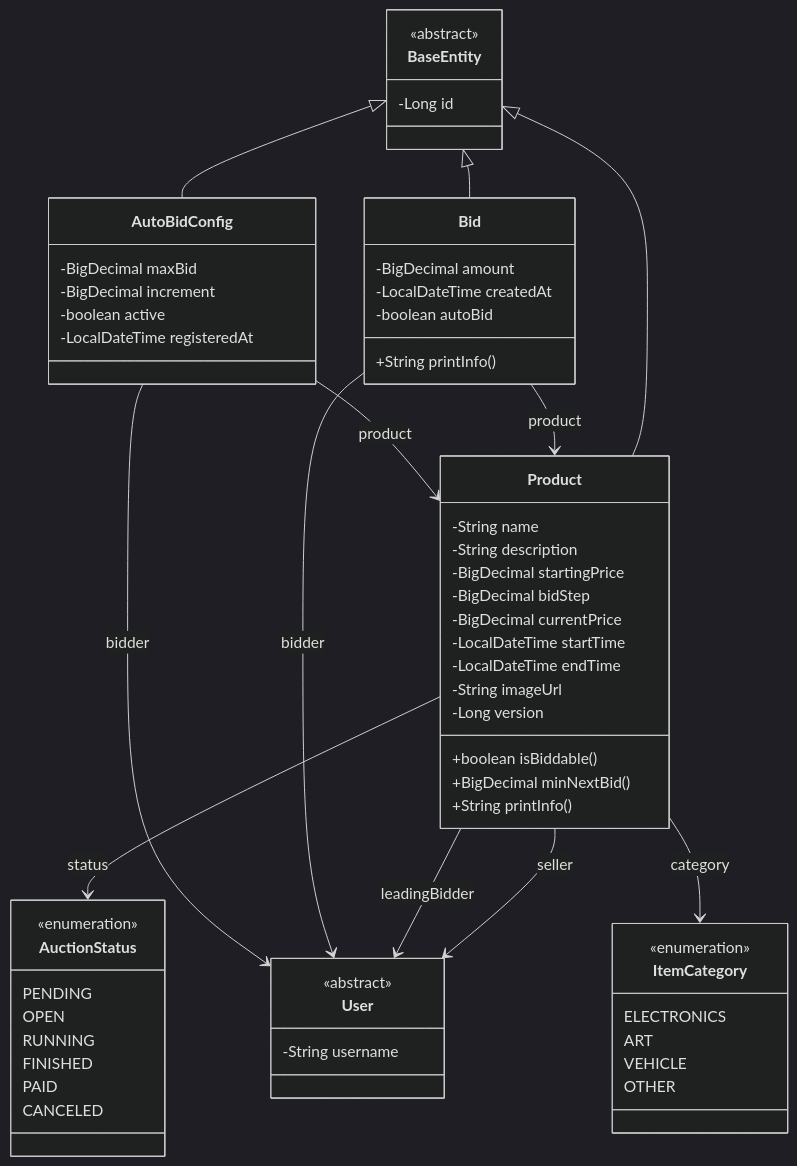
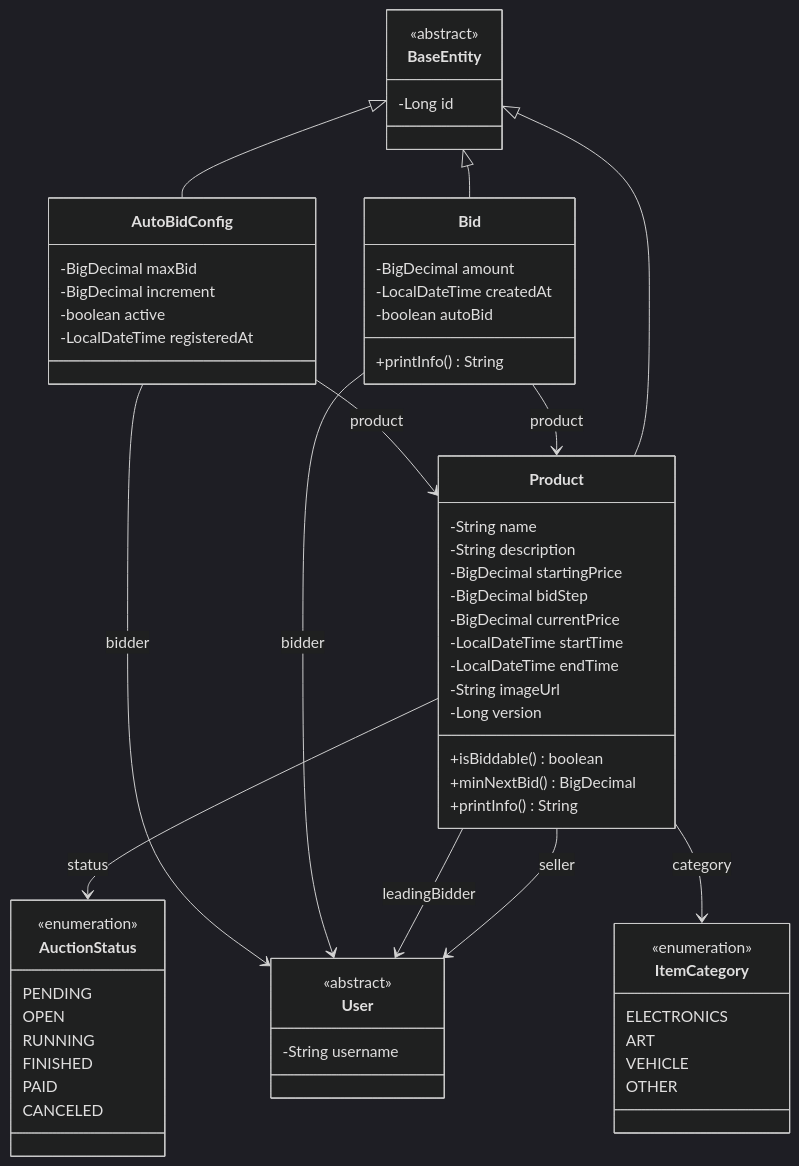
One commit to quagn-collab/GROUP-6-BTL changed the third of 6 diagrams in docs/README/README.md. Above: the diagram before and after it, drawn with Mermaid (dark theme). The commit also changed other lines of this file, not shown here.

````diff
--- a/docs/README/README.md
+++ b/docs/README/README.md
@@ -115,65 +115,65 @@
 ```mermaid
 classDiagram
     direction TB
     class BaseEntity {
         -Long id
     }
     class Product {
         -String name
         -String description
         -BigDecimal startingPrice
         -BigDecimal bidStep
         -BigDecimal currentPrice
         -LocalDateTime startTime
         -LocalDateTime endTime
         -String imageUrl
         -Long version
-        +boolean isBiddable()
-        +BigDecimal minNextBid()
-        +String printInfo()
+        +isBiddable() boolean
+        +minNextBid() BigDecimal
+        +printInfo() String
     }
     class Bid {
         -BigDecimal amount
         -LocalDateTime createdAt
         -boolean autoBid
-        +String printInfo()
+        +printInfo() String
     }
     class AutoBidConfig {
         -BigDecimal maxBid
         -BigDecimal increment
         -boolean active
         -LocalDateTime registeredAt
     }
     class AuctionStatus {
         <<enumeration>>
         PENDING
         OPEN
         RUNNING
         FINISHED
         PAID
         CANCELED
     }
     class ItemCategory {
         <<enumeration>>
         ELECTRONICS
         ART
         VEHICLE
         OTHER
     }
     class User {
         -String username
     }
     BaseEntity <|-- Product
     BaseEntity <|-- Bid
     BaseEntity <|-- AutoBidConfig
     Product --> User : seller
     Product --> User : leadingBidder
     Product --> AuctionStatus : status
     Product --> ItemCategory : category
     Bid --> Product : product
     Bid --> User : bidder
     AutoBidConfig --> Product : product
     AutoBidConfig --> User : bidder
     <<abstract>> BaseEntity
     <<abstract>> User
 ```
````
